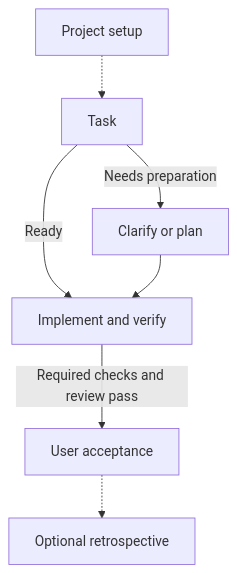
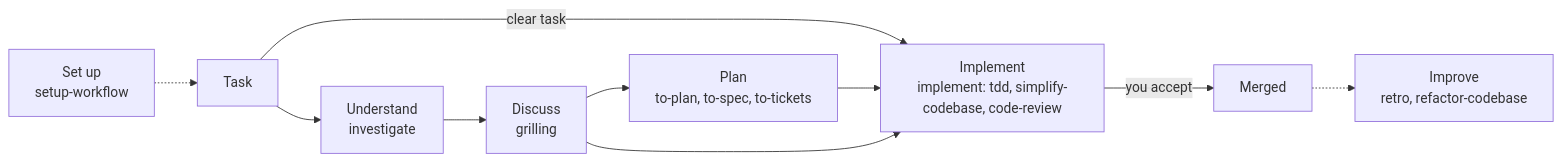
Before and after one commit to FOZERY/agent-workflow: the diagram in README.md, drawn with Mermaid. The commit also changed other lines of this file and 3 other files, not shown here.

````diff
--- a/README.md
+++ b/README.md
@@ -36,9 +28,12 @@
 ```mermaid
-flowchart TB
-    Setup["Project setup"] -.-> Task["Task"]
-    Task -->|Needs preparation| Prepare["Clarify or plan"]
-    Task -->|Ready| Build["Implement and verify"]
-    Prepare --> Build
-    Build -->|Required checks and review pass| Accept["User acceptance"]
-    Accept -.-> Retro["Optional retrospective"]
+flowchart LR
+    Setup["Set up<br/>setup-workflow"] -.-> Task[Task]
+    Task --> Understand["Understand<br/>investigate"]
+    Understand --> Discuss["Discuss<br/>grilling"]
+    Task -->|clear task| Build
+    Discuss --> Plan["Plan<br/>to-plan, to-spec, to-tickets"]
+    Plan --> Build["Implement<br/>implement: tdd, simplify-codebase, code-review"]
+    Discuss --> Build
+    Build -->|you accept| Done[Merged]
+    Done -.-> Improve["Improve<br/>retro, refactor-codebase"]
 ```
````
